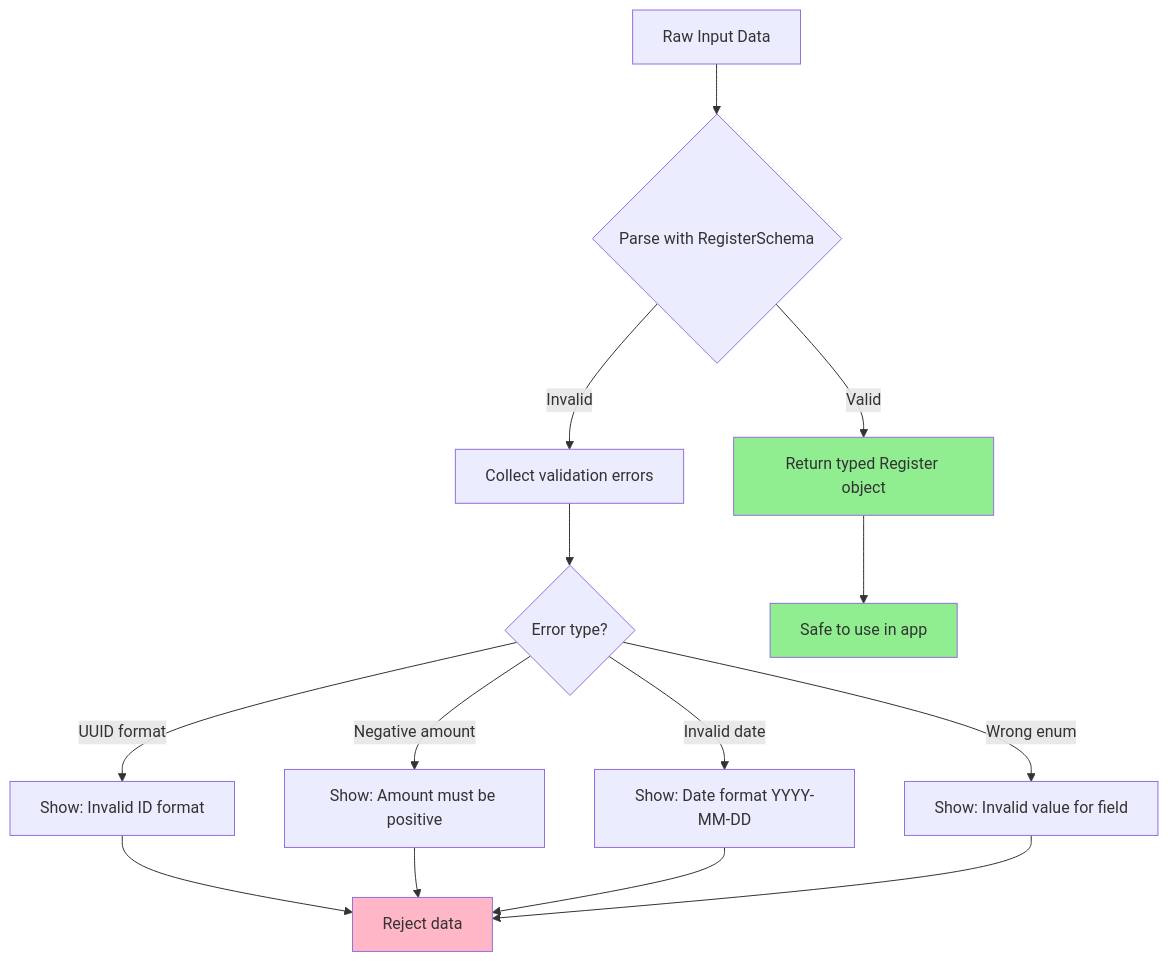
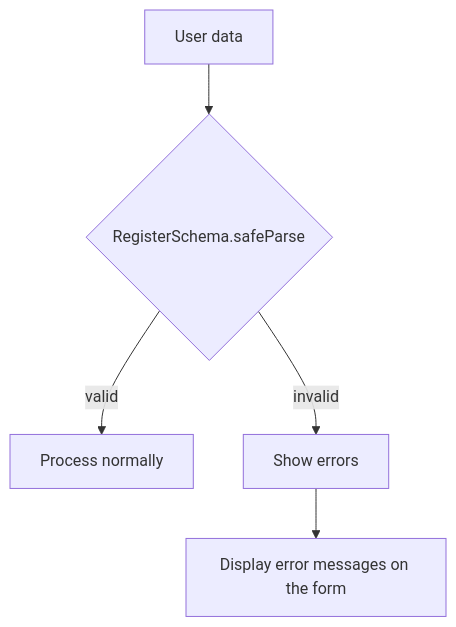
Before and after one commit to RadikeCosa/blog-astro: the diagram in src/content/posts/side-project-nutritional-tracker-3.en.md, drawn with Mermaid. The commit also changed other lines of this file and 10 other files, not shown here.

````diff
--- a/src/content/posts/side-project-nutritional-tracker-3.en.md
+++ b/src/content/posts/side-project-nutritional-tracker-3.en.md
@@ -250,22 +127,8 @@
 ```mermaid
 graph TD
-    A[Raw Input Data] --> B{Parse with RegisterSchema}
-    B -->|Valid| C[Return typed Register object]
-    B -->|Invalid| D[Collect validation errors]
+  A[User data] --> B{RegisterSchema.safeParse}
+  B -- valid --> C[Process normally]
+  B -- invalid --> D[Show errors]
 
-    D --> E{Error type?}
-    E -->|UUID format| F[Show: Invalid ID format]
-    E -->|Negative amount| G[Show: Amount must be positive]
-    E -->|Invalid date| H[Show: Date format YYYY-MM-DD]
-    E -->|Wrong enum| I[Show: Invalid value for field]
-
-    C --> J[Safe to use in app]
-    F --> K[Reject data]
-    G --> K
-    H --> K
-    I --> K
-
-    style C fill:#90EE90
-    style J fill:#90EE90
-    style K fill:#FFB6C6
+  D --> E[Display error messages on the form]
 ```
````
